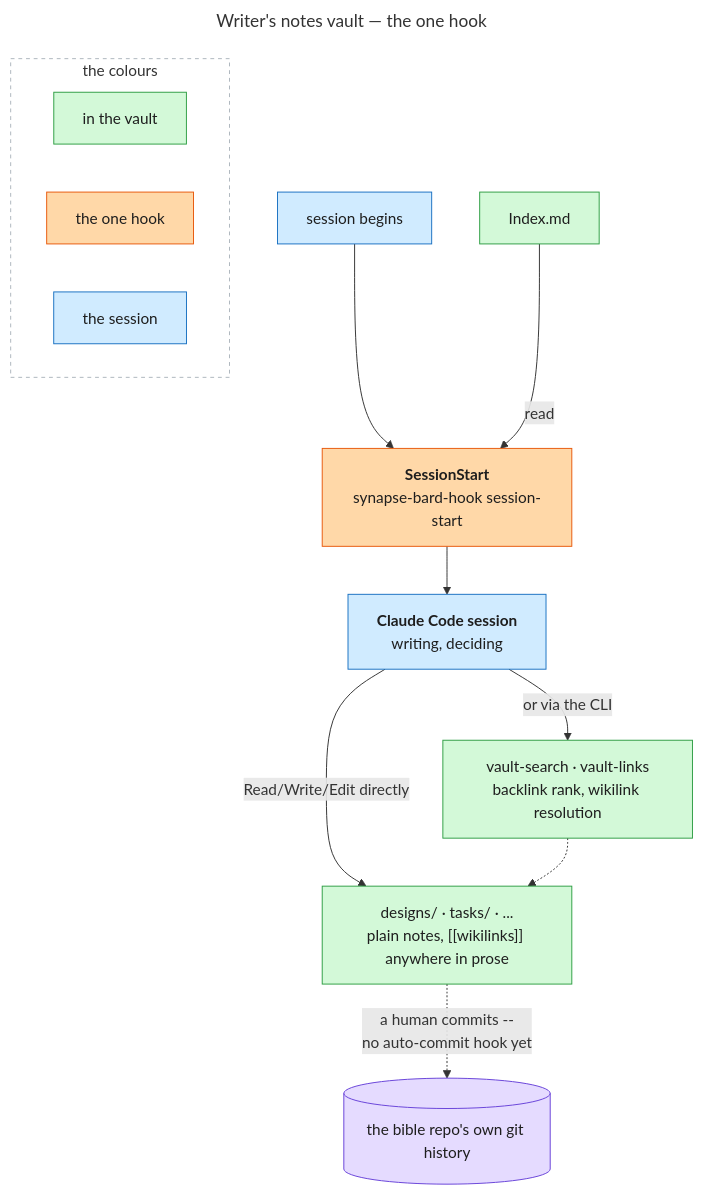
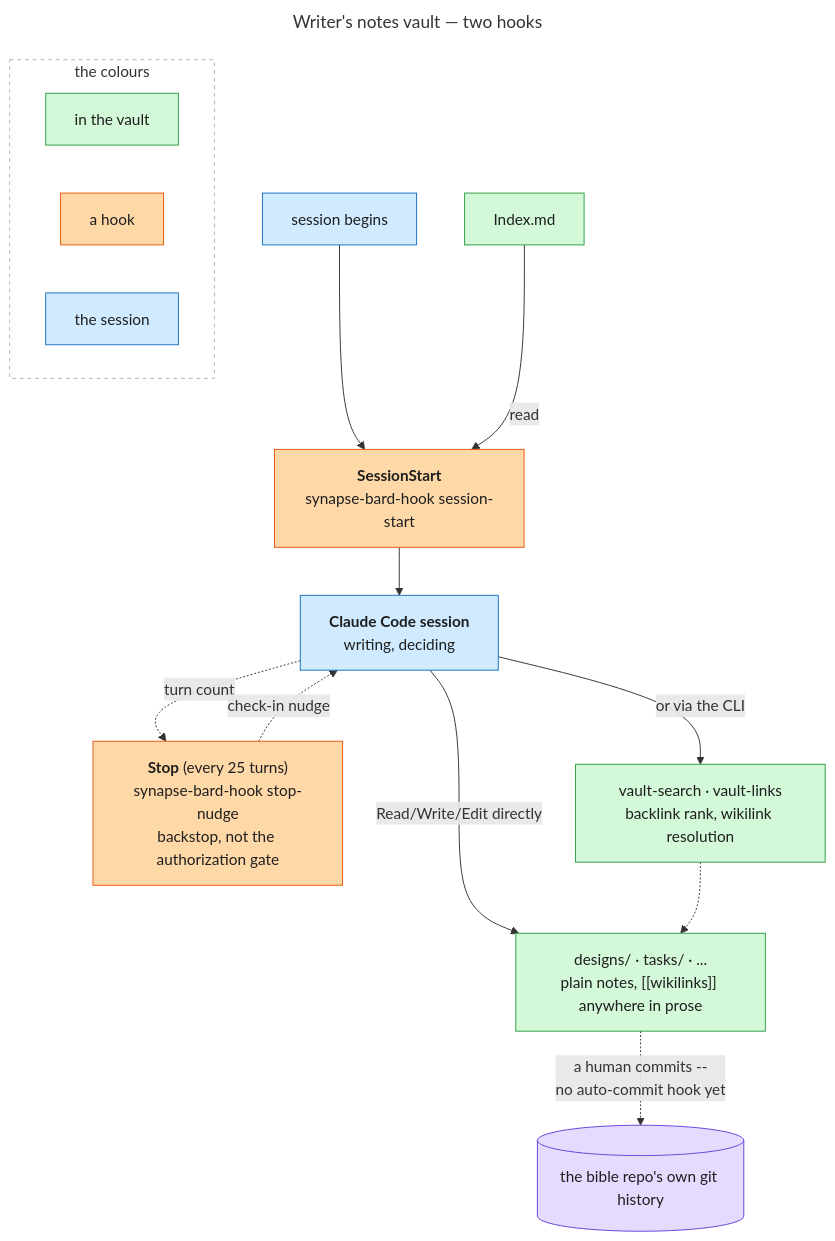
The diagram in docs/synapse-bard/diagrams/bard-vault-overview.mmd (imunitic/synapse-bard), drawn with Mermaid before and after one commit. The commit also changed 4 other files, not shown here.

First line of the commit message:
feat(synapse-bard): proactive vault-writing fixes for a drifting session

```diff
--- a/docs/synapse-bard/diagrams/bard-vault-overview.mmd
+++ b/docs/synapse-bard/diagrams/bard-vault-overview.mmd
@@ -1,45 +1,51 @@
 ---
-title: Writer's notes vault — the one hook
+title: Writer's notes vault — two hooks
 ---
-%% Bard's vault has exactly one hook -- SessionStart -- and deliberately no
-%% auto-commit, no periodic nudge, no per-prompt injection. GIT is reached by
-%% a dashed, human-labelled edge rather than a hook arrow to make that
-%% omission visible rather than silently absent.
+%% Bard's vault has two hooks -- SessionStart and a periodic Stop check-in --
+%% and deliberately no auto-commit, no per-prompt injection. The Stop hook is
+%% a backstop for a session that drifts, not the trigger that authorizes a
+%% write; the standing instruction to write proactively lives in
+%% synapse-bard-claude.md, independent of whether a hook is even wired up.
+%% GIT is reached by a dashed, human-labelled edge rather than a hook arrow
+%% to make that omission visible rather than silently absent.
 flowchart TB
     classDef hook fill:#ffd8a8,stroke:#e8590c,color:#1e1e1e
     classDef vault fill:#d3f9d8,stroke:#2f9e44,color:#1e1e1e
     classDef session fill:#d0ebff,stroke:#1971c2,color:#1e1e1e
     classDef store fill:#e5dbff,stroke:#6741d9,color:#1e1e1e
 
     BEGIN["session begins"]
     H1["<b>SessionStart</b><br/>synapse-bard-hook session-start"]
+    H2["<b>Stop</b> (every 25 turns)<br/>synapse-bard-hook stop-nudge<br/>backstop, not the authorization gate"]
     WORK["<b>Claude Code session</b><br/>writing, deciding"]
 
     IDX["Index.md"]
     FOLDERS["designs/ · tasks/ · ...<br/>plain notes, [[wikilinks]] anywhere in prose"]
     CLI["vault-search · vault-links<br/>backlink rank, wikilink resolution"]
     GIT[("the bible repo's own git history")]
 
     BEGIN --> H1
     IDX -->|"read"| H1
     H1 --> WORK
     WORK -->|"Read/Write/Edit directly"| FOLDERS
     WORK -->|"or via the CLI"| CLI
+    WORK -.->|"turn count"| H2
+    H2 -.->|"check-in nudge"| WORK
     CLI -.-> FOLDERS
     FOLDERS -.->|"a human commits --<br/>no auto-commit hook yet"| GIT
 
-    class H1 hook
+    class H1,H2 hook
     class IDX,FOLDERS,CLI vault
     class BEGIN,WORK session
     class GIT store
 
     subgraph KEY["the colours"]
         direction LR
         K1["in the vault"]
-        K2["the one hook"]
+        K2["a hook"]
         K3["the session"]
     end
     class K1 vault
     class K2 hook
     class K3 session
     style KEY fill:#ffffff,stroke:#adb5bd,stroke-dasharray:4 4
```
